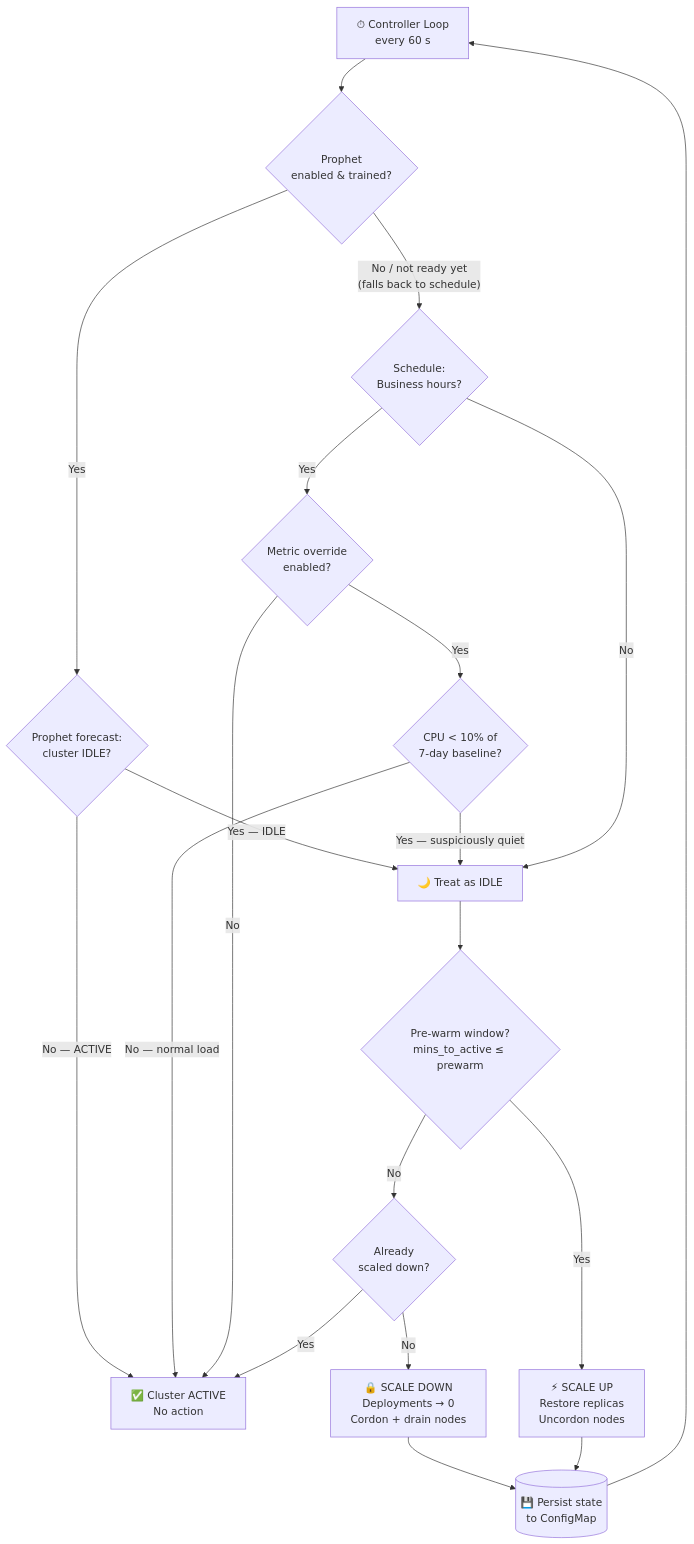
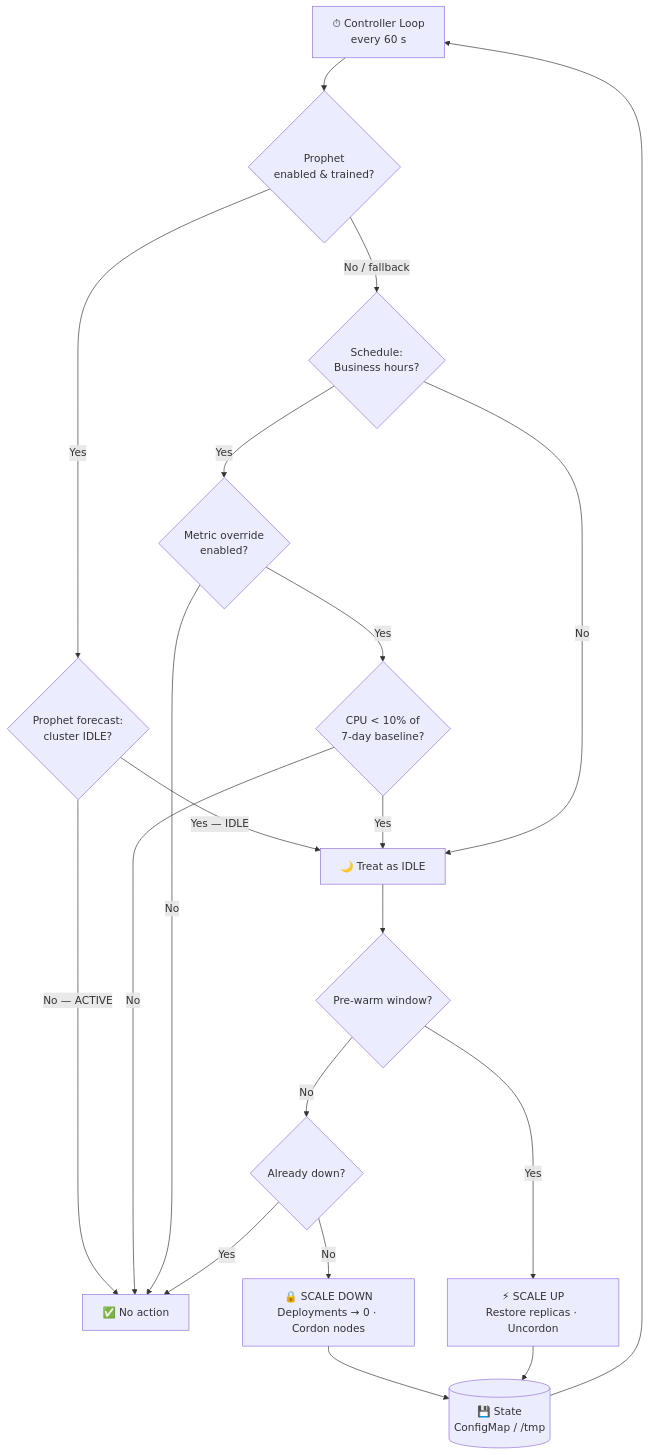
The first of 2 diagrams in OVERVIEW.md (sriaratragada/Dynamic-Predictive-FinOps-Cluster-Down-Scaler), drawn with Mermaid before and after one commit. The commit also changed other lines of this file and 2 other files, not shown here.

````diff
--- a/OVERVIEW.md
+++ b/OVERVIEW.md
@@ -39,26 +22,26 @@
 ```mermaid
 flowchart TD
   A["⏱ Controller Loop\nevery 60 s"] --> B{"Prophet\nenabled & trained?"}
 
   B -- Yes --> C{"Prophet forecast:\ncluster IDLE?"}
-  C -- "No — ACTIVE" --> E["✅ Cluster ACTIVE\nNo action"]
+  C -- "No — ACTIVE" --> E["✅ No action"]
   C -- "Yes — IDLE" --> F["🌙 Treat as IDLE"]
 
-  B -- "No / not ready yet\n(falls back to schedule)" --> G{"Schedule:\nBusiness hours?"}
+  B -- "No / fallback" --> G{"Schedule:\nBusiness hours?"}
   G -- Yes --> H{"Metric override\nenabled?"}
   H -- Yes --> I{"CPU < 10% of\n7-day baseline?"}
-  I -- "No — normal load" --> E
+  I -- "No" --> E
   H -- No --> E
-  I -- "Yes — suspiciously quiet" --> F
+  I -- "Yes" --> F
 
   G -- No --> F
 
-  F --> J{"Pre-warm window?\nmins_to_active ≤ prewarm"}
-  J -- Yes --> K["⚡ SCALE UP\nRestore replicas\nUncordon nodes"]
-  J -- No --> L{"Already\nscaled down?"}
+  F --> J{"Pre-warm window?"}
+  J -- Yes --> K["⚡ SCALE UP\nRestore replicas · Uncordon"]
+  J -- No --> L{"Already down?"}
   L -- Yes --> E
-  L -- No --> M["🔒 SCALE DOWN\nDeployments → 0\nCordon + drain nodes"]
-  M --> N[("💾 Persist state\nto ConfigMap")]
+  L -- No --> M["🔒 SCALE DOWN\nDeployments → 0 · Cordon nodes"]
+  M --> N[("💾 State\nConfigMap / /tmp")]
   K --> N
   N --> A
 ```
````
